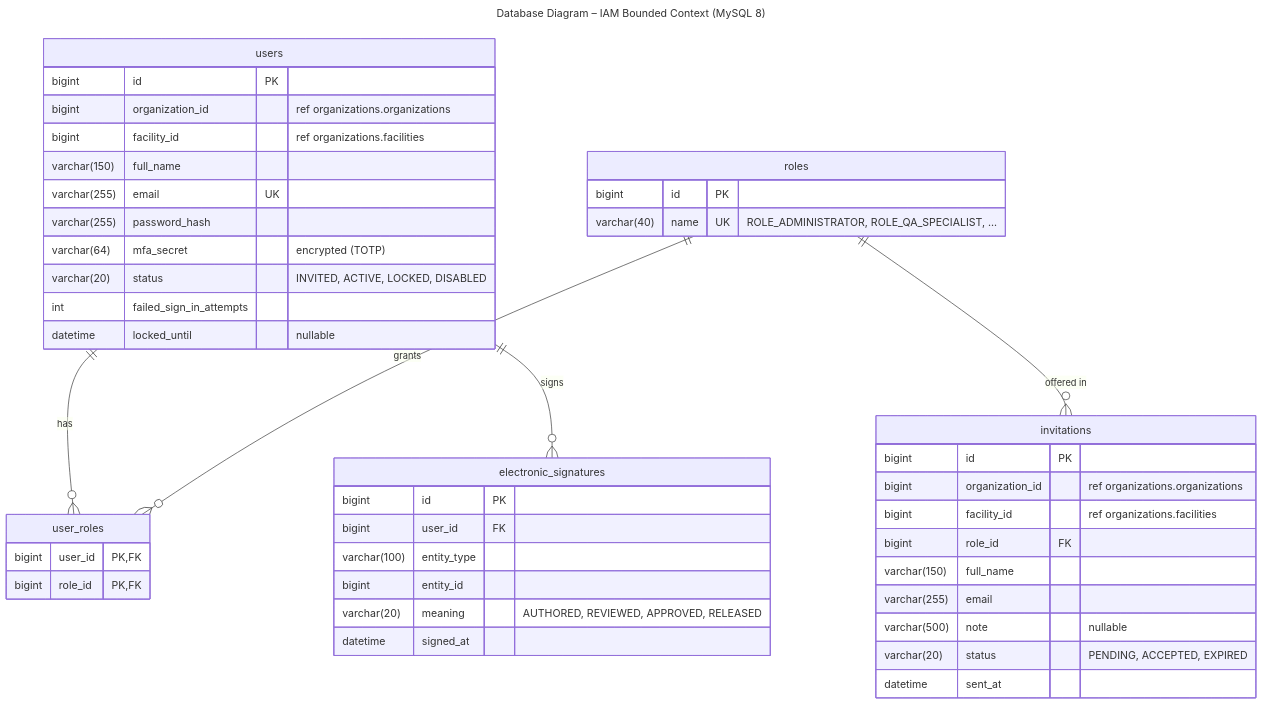
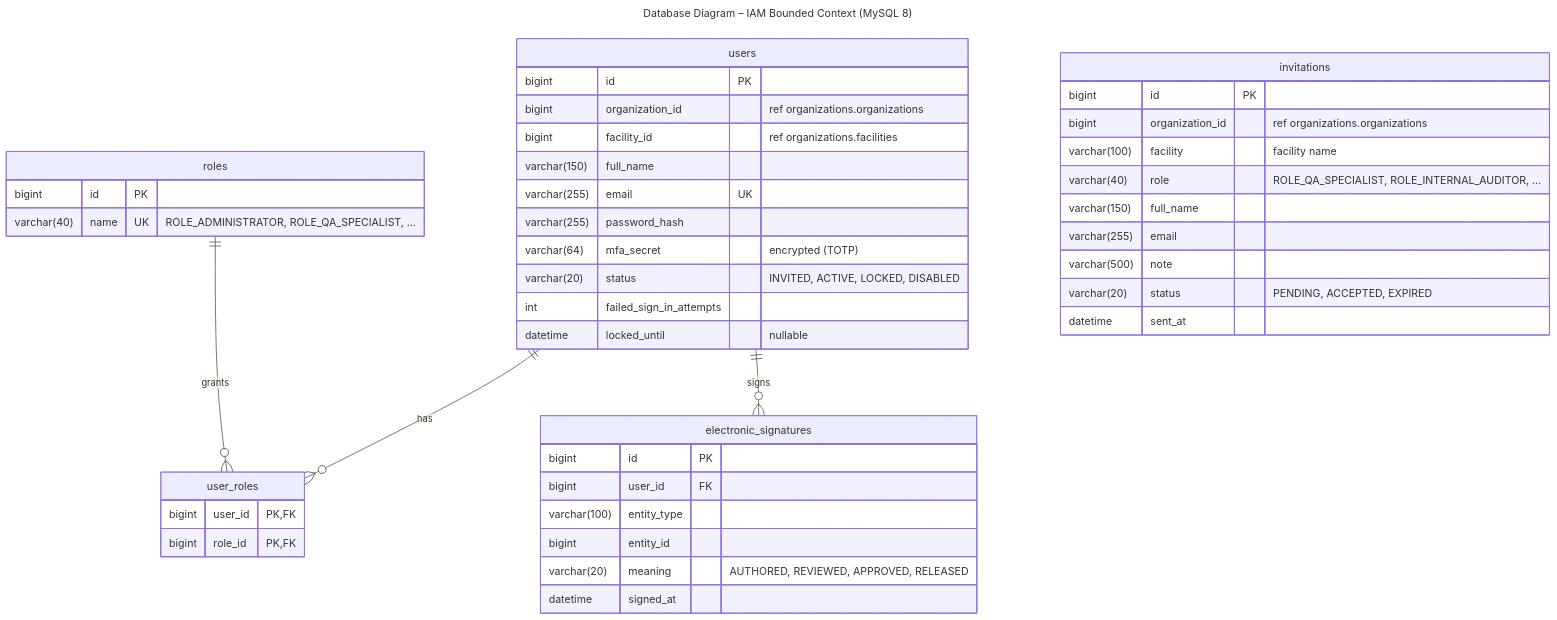
The diagram in report/assets/diagrams/mermaid/db-01-iam.mmd (IngesCompany/doofplus-report), drawn with Mermaid before and after one commit. The commit also changed 11 other files, not shown here.

Commit message:
docs(report): close the sprint 3 backlog and align the quality and iam diagrams with the api

```diff
--- a/report/assets/diagrams/mermaid/db-01-iam.mmd
+++ b/report/assets/diagrams/mermaid/db-01-iam.mmd
@@ -1,47 +1,46 @@
 ---
 title: "Database Diagram – IAM Bounded Context (MySQL 8)"
 ---
 erDiagram
   users {
     bigint id PK
     bigint organization_id "ref organizations.organizations"
     bigint facility_id "ref organizations.facilities"
     varchar(150) full_name
     varchar(255) email UK
     varchar(255) password_hash
     varchar(64) mfa_secret "encrypted (TOTP)"
     varchar(20) status "INVITED, ACTIVE, LOCKED, DISABLED"
     int failed_sign_in_attempts
     datetime locked_until "nullable"
   }
   roles {
     bigint id PK
     varchar(40) name UK "ROLE_ADMINISTRATOR, ROLE_QA_SPECIALIST, ..."
   }
   user_roles {
     bigint user_id PK, FK
     bigint role_id PK, FK
   }
   invitations {
     bigint id PK
     bigint organization_id "ref organizations.organizations"
-    bigint facility_id "ref organizations.facilities"
-    bigint role_id FK
+    varchar(100) facility "facility name"
+    varchar(40) role "ROLE_QA_SPECIALIST, ROLE_INTERNAL_AUDITOR, ..."
     varchar(150) full_name
     varchar(255) email
-    varchar(500) note "nullable"
+    varchar(500) note
     varchar(20) status "PENDING, ACCEPTED, EXPIRED"
     datetime sent_at
   }
   electronic_signatures {
     bigint id PK
     bigint user_id FK
     varchar(100) entity_type
     bigint entity_id
     varchar(20) meaning "AUTHORED, REVIEWED, APPROVED, RELEASED"
     datetime signed_at
   }
   users ||--o{ user_roles : "has"
   roles ||--o{ user_roles : "grants"
-  roles ||--o{ invitations : "offered in"
   users ||--o{ electronic_signatures : "signs"
```
